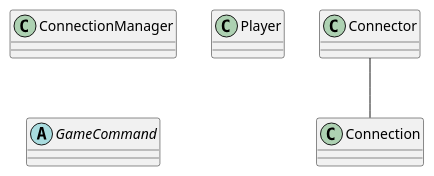
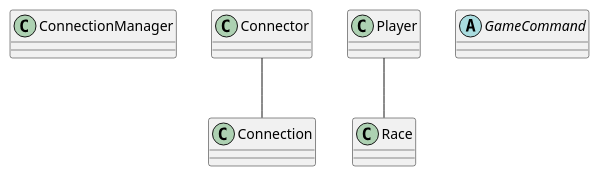
One commit to vehsamrak/telegramud changed the diagram in documentation/architecture.puml. Above: the diagram before and after it, drawn with PlantUML.

Commit message:
Architecture documentation

```diff
--- a/documentation/architecture.puml
+++ b/documentation/architecture.puml
@@ -1,17 +1,24 @@
 @startuml
 
 class ConnectionManager {
 }
 
 class Connection {
 }
 
 Connector -- Connection
 
 class Player {
+
 }
+
+class Race {
+
+}
+
+Player -- Race
 
 abstract class GameCommand {
 }
 
 @enduml
```
